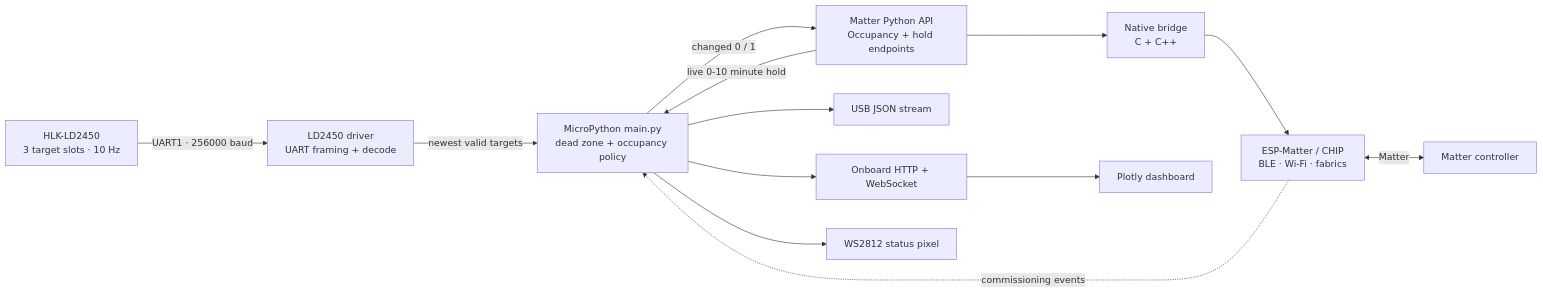
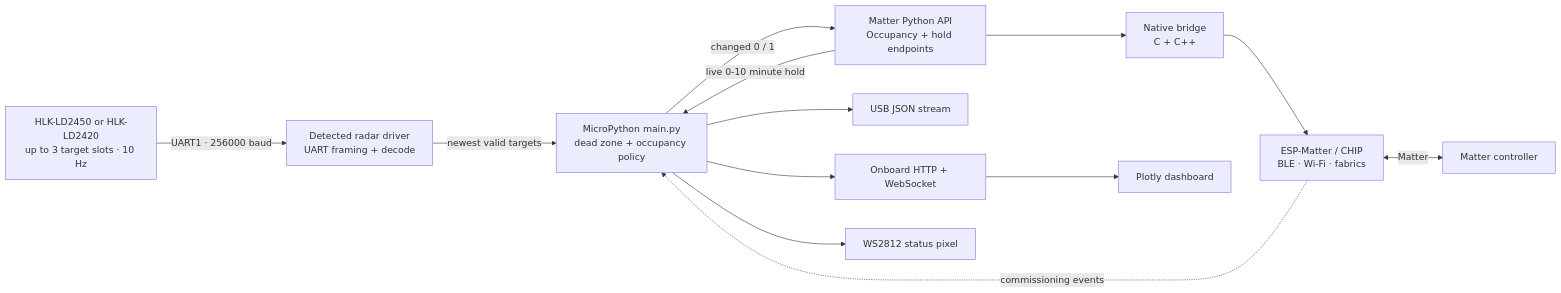
One commit to khlam/micropython-boardfarm changed the first of 3 diagrams in projects/matter-radar-sensor/README.md. Above: the diagram before and after it, drawn with Mermaid. The commit also changed 9 other files, not shown here.

````diff
--- a/projects/matter-radar-sensor/README.md
+++ b/projects/matter-radar-sensor/README.md
@@ -61,27 +61,27 @@
 ```mermaid
 flowchart LR
-    radar["HLK-LD2450<br/>3 target slots · 10 Hz"]
-    driver["LD2450 driver<br/>UART framing + decode"]
+    radar["HLK-LD2450 or HLK-LD2420<br/>up to 3 target slots · 10 Hz"]
+    driver["Detected radar driver<br/>UART framing + decode"]
     policy["MicroPython main.py<br/>dead zone + occupancy policy"]
     matter["Matter Python API<br/>Occupancy + hold endpoints"]
     native["Native bridge<br/>C + C++"]
     stack["ESP-Matter / CHIP<br/>BLE · Wi-Fi · fabrics"]
     controller["Matter controller"]
 
     serial["USB JSON stream"]
     onboard["Onboard HTTP + WebSocket"]
     browser["Plotly dashboard"]
     pixel["WS2812 status pixel"]
 
     radar -->|"UART1 · 256000 baud"| driver
     driver -->|"newest valid targets"| policy
     policy -->|"changed 0 / 1"| matter
     matter -->|"live 0-10 minute hold"| policy
     matter --> native --> stack
     stack <-->|Matter| controller
 
     policy --> serial
     policy --> onboard --> browser
     stack -.->|"commissioning events"| policy
     policy --> pixel
 ```
````
